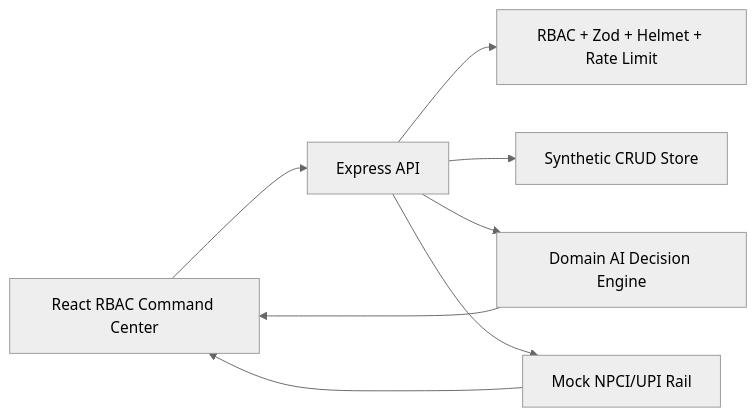
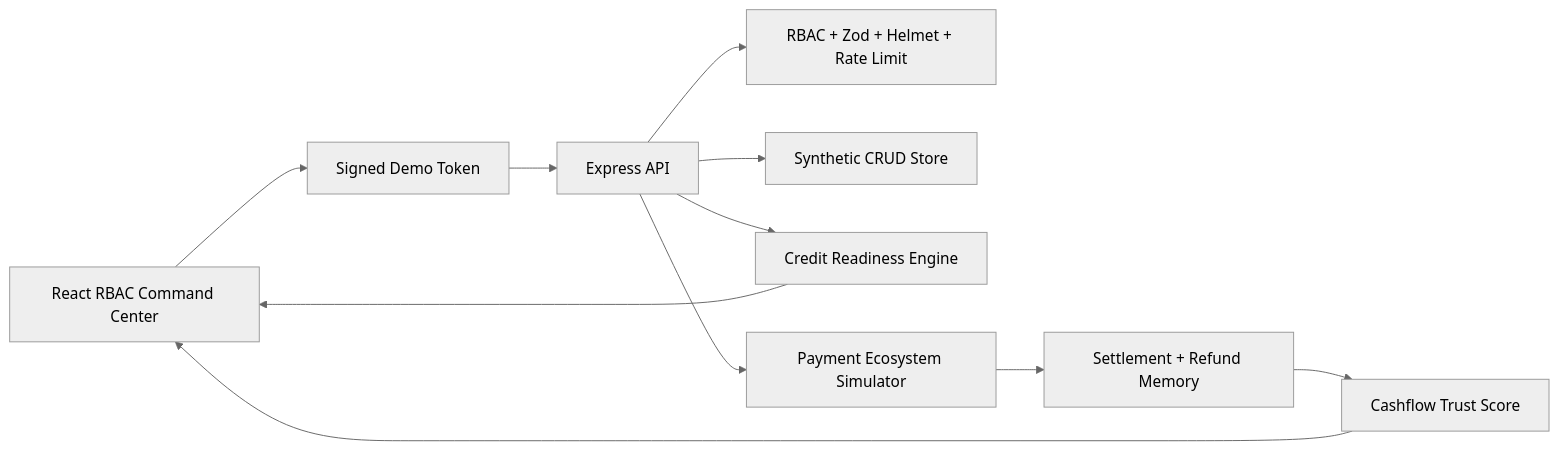
Before and after one commit to jprbom/cashflow-memory-for-bharat: the diagram in README.md, drawn with Mermaid (neutral theme). The commit also changed other lines of this file and 8 other files, not shown here.

Commit message:
docs: refresh latest architecture and enhancement details

```diff
--- a/README.md
+++ b/README.md
@@ -75,10 +90,13 @@
 ~~~mermaid
 flowchart LR
-  UI["React RBAC Command Center"] --> API["Express API"]
+  UI["React RBAC Command Center"] --> AUTH["Signed Demo Token"]
+  AUTH --> API["Express API"]
   API --> RBAC["RBAC + Zod + Helmet + Rate Limit"]
   API --> CRUD["Synthetic CRUD Store"]
-  API --> AI["Domain AI Decision Engine"]
-  API --> MOCK["Mock NPCI/UPI Rail"]
-  MOCK --> UI
+  API --> AI["Credit Readiness Engine"]
+  API --> SIM["Payment Ecosystem Simulator"]
+  SIM --> CASH["Settlement + Refund Memory"]
+  CASH --> SCORE["Cashflow Trust Score"]
+  SCORE --> UI
   AI --> UI
 ~~~
```
